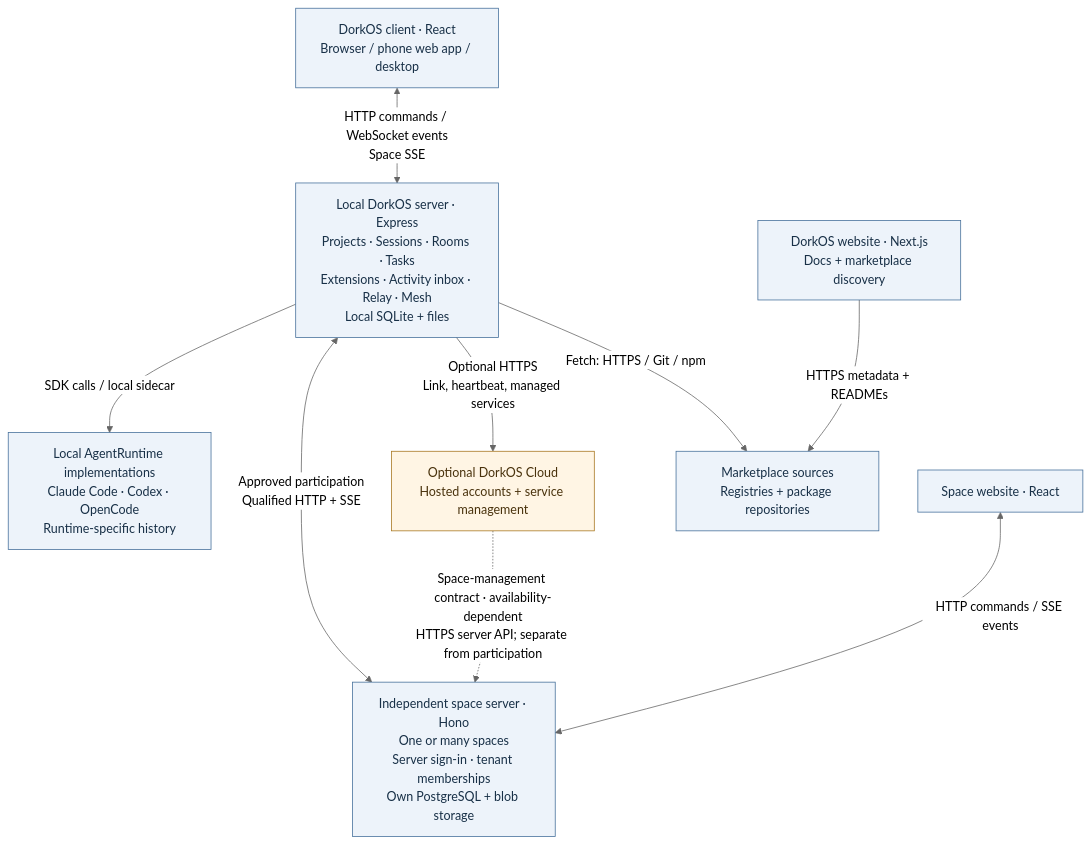
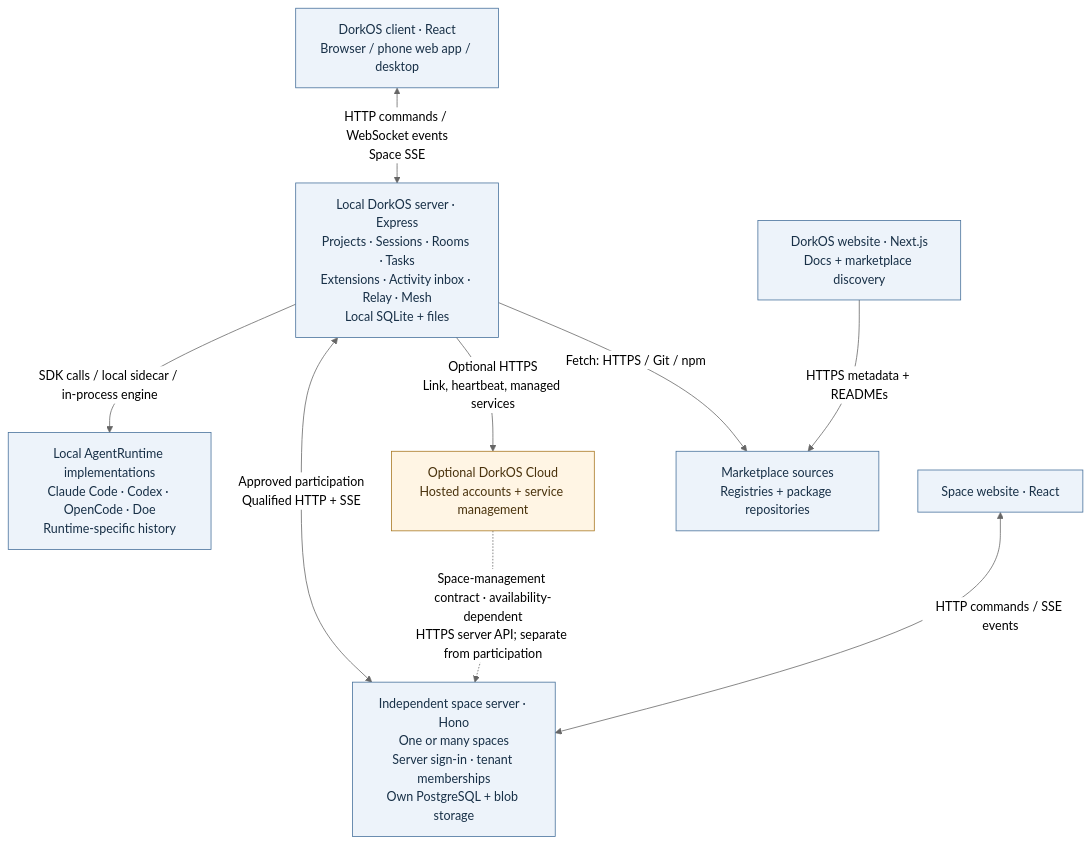
Before and after one commit to dork-labs/dorkos: the diagram in contributing/diagrams/architecture/system-context.mmd, drawn with Mermaid (neutral theme). The commit also changed 16 other files, not shown here.

First line of the commit message:
docs(architecture): reconcile the vision reset and workspace direction

```diff
--- a/contributing/diagrams/architecture/system-context.mmd
+++ b/contributing/diagrams/architecture/system-context.mmd
@@ -1,23 +1,23 @@
 flowchart TB
   accTitle: DorkOS systems and deployment boundaries
   accDescr: The client reaches the local execution server. Independent space servers serve one or many spaces. Cloud space management uses a separate public server API contract; rollout is independent of local implementation. Marketplace discovery and installation use the same package sources.
   client["DorkOS client · React<br/>Browser / phone web app / desktop"]
   server["Local DorkOS server · Express<br/>Projects · Sessions · Rooms · Tasks<br/>Extensions · Activity inbox · Relay · Mesh<br/>Local SQLite + files"]
-  runtime["Local AgentRuntime implementations<br/>Claude Code · Codex · OpenCode<br/>Runtime-specific history"]
+  runtime["Local AgentRuntime implementations<br/>Claude Code · Codex · OpenCode · Doe<br/>Runtime-specific history"]
   cloud["Optional DorkOS Cloud<br/>Hosted accounts + service management"]
   community["Independent space server · Hono<br/>One or many spaces<br/>Server sign-in · tenant memberships<br/>Own PostgreSQL + blob storage"]
   communityUI["Space website · React"]
   sources["Marketplace sources<br/>Registries + package repositories"]
   site["DorkOS website · Next.js<br/>Docs + marketplace discovery"]
   client <-->|"HTTP commands / WebSocket events<br/>Space SSE"| server
-  server -->|"SDK calls / local sidecar"| runtime
+  server -->|"SDK calls / local sidecar / in-process engine"| runtime
   server -->|"Optional HTTPS<br/>Link, heartbeat, managed services"| cloud
   server <-->|"Approved participation<br/>Qualified HTTP + SSE"| community
   cloud -.->|"Space-management contract · availability-dependent<br/>HTTPS server API; separate from participation"| community
   communityUI <-->|"HTTP commands / SSE events"| community
   server -->|"Fetch: HTTPS / Git / npm"| sources
   site -->|"HTTPS metadata + READMEs"| sources
   classDef service fill:#edf3fa,stroke:#46709b,color:#183047
   classDef hosted fill:#fff5e4,stroke:#a87720,color:#49320c
   class server,community,runtime,client,communityUI,site,sources service
   class cloud hosted
```
